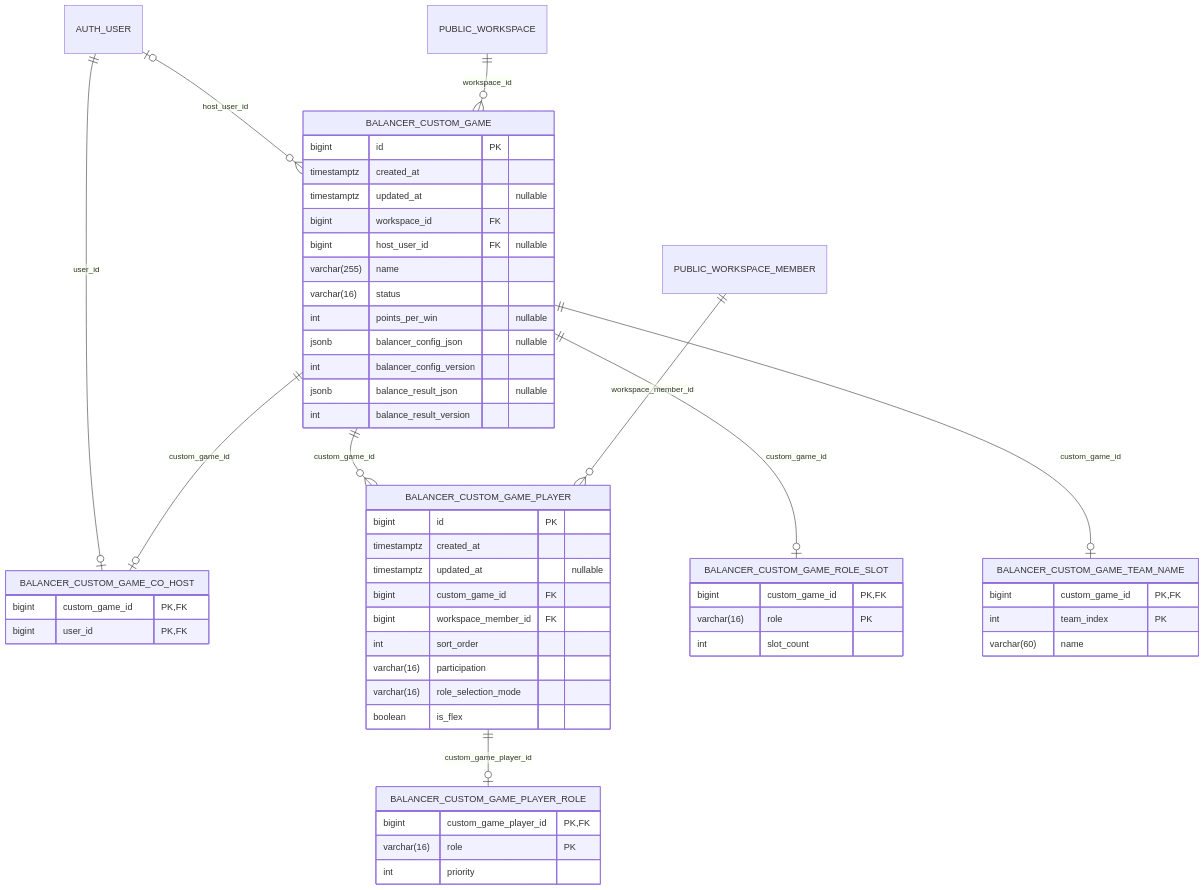
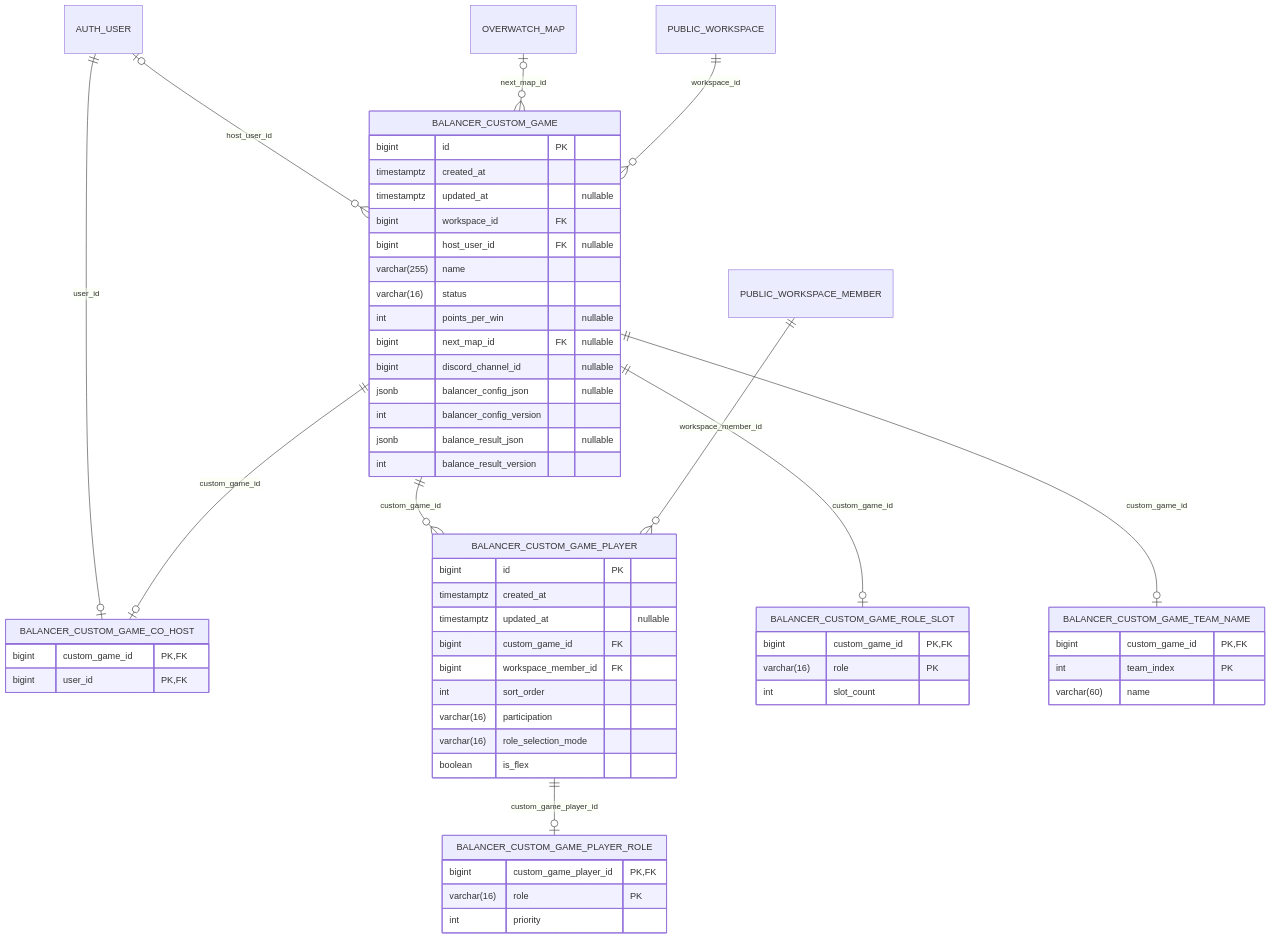
One commit to CraazzzyyFoxx/overwatch-tournaments changed diagram 11 of 19 in docs/database_erd.md. Above: the diagram before and after it, drawn with Mermaid. The commit also changed other lines of this file, not shown here.

Commit message:
docs(erd): regenerate for the team-registration and mix columns

````diff
--- a/docs/database_erd.md
+++ b/docs/database_erd.md
@@ -1800,57 +1817,60 @@
 ```mermaid
 erDiagram
     BALANCER_CUSTOM_GAME {
         bigint id PK
         timestamptz created_at
         timestamptz updated_at "nullable"
         bigint workspace_id FK
         bigint host_user_id FK "nullable"
         varchar(255) name
         varchar(16) status
         int points_per_win "nullable"
+        bigint next_map_id FK "nullable"
+        bigint discord_channel_id "nullable"
         jsonb balancer_config_json "nullable"
         int balancer_config_version
         jsonb balance_result_json "nullable"
         int balance_result_version
     }
     BALANCER_CUSTOM_GAME_CO_HOST {
         bigint custom_game_id PK,FK
         bigint user_id PK,FK
     }
     BALANCER_CUSTOM_GAME_PLAYER {
         bigint id PK
         timestamptz created_at
         timestamptz updated_at "nullable"
         bigint custom_game_id FK
         bigint workspace_member_id FK
         int sort_order
         varchar(16) participation
         varchar(16) role_selection_mode
         boolean is_flex
     }
     BALANCER_CUSTOM_GAME_PLAYER_ROLE {
         bigint custom_game_player_id PK,FK
         varchar(16) role PK
         int priority
     }
     BALANCER_CUSTOM_GAME_ROLE_SLOT {
         bigint custom_game_id PK,FK
         varchar(16) role PK
         int slot_count
     }
     BALANCER_CUSTOM_GAME_TEAM_NAME {
         bigint custom_game_id PK,FK
         int team_index PK
         varchar(60) name
     }
 
     AUTH_USER |o--o{ BALANCER_CUSTOM_GAME : "host_user_id"
     AUTH_USER ||--o| BALANCER_CUSTOM_GAME_CO_HOST : "user_id"
     BALANCER_CUSTOM_GAME ||--o{ BALANCER_CUSTOM_GAME_PLAYER : "custom_game_id"
     BALANCER_CUSTOM_GAME ||--o| BALANCER_CUSTOM_GAME_CO_HOST : "custom_game_id"
     BALANCER_CUSTOM_GAME ||--o| BALANCER_CUSTOM_GAME_ROLE_SLOT : "custom_game_id"
     BALANCER_CUSTOM_GAME ||--o| BALANCER_CUSTOM_GAME_TEAM_NAME : "custom_game_id"
     BALANCER_CUSTOM_GAME_PLAYER ||--o| BALANCER_CUSTOM_GAME_PLAYER_ROLE : "custom_game_player_id"
+    OVERWATCH_MAP |o--o{ BALANCER_CUSTOM_GAME : "next_map_id"
     PUBLIC_WORKSPACE ||--o{ BALANCER_CUSTOM_GAME : "workspace_id"
     PUBLIC_WORKSPACE_MEMBER ||--o{ BALANCER_CUSTOM_GAME_PLAYER : "workspace_member_id"
 ```
````
